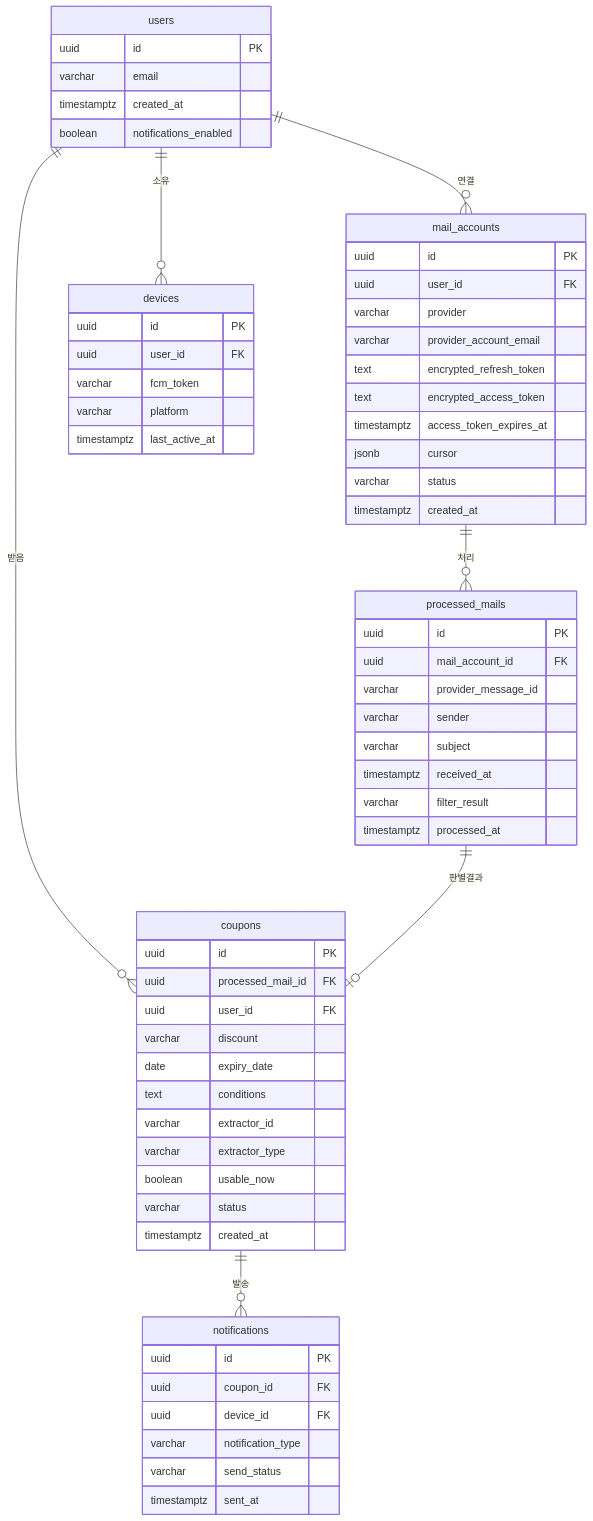
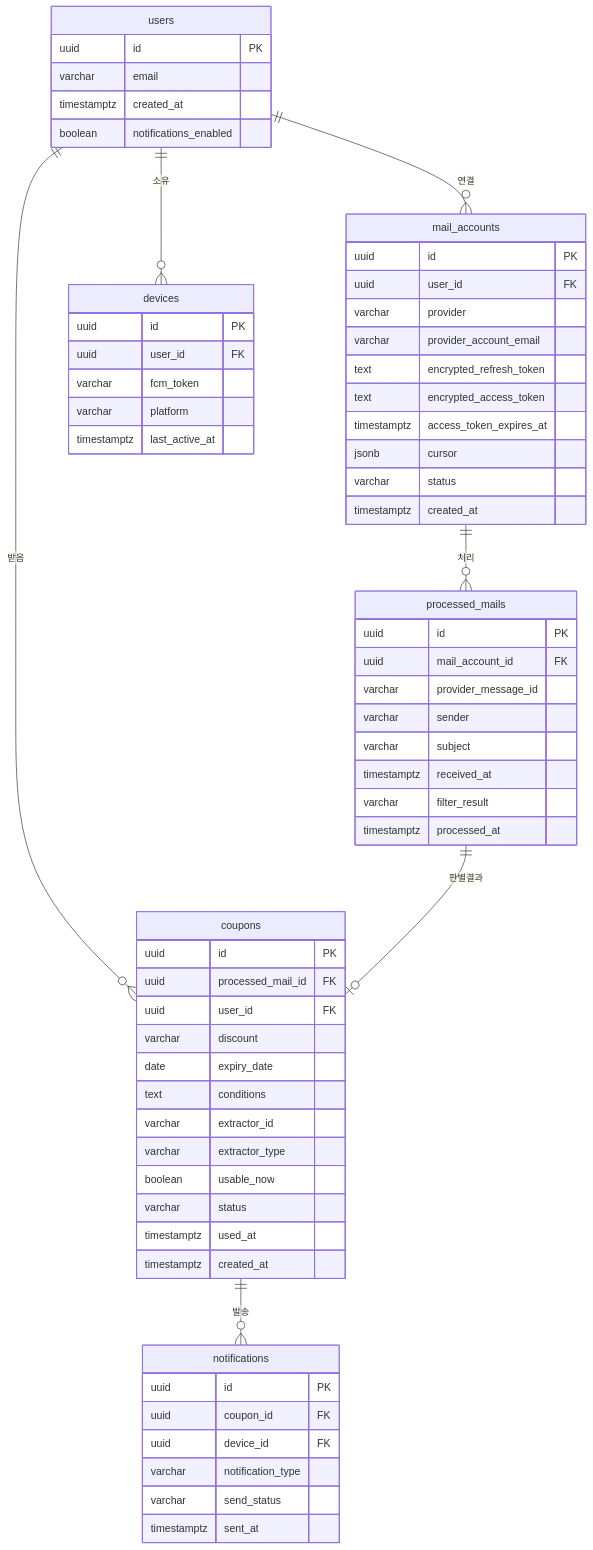
One commit to codingKermit/Coupi changed the diagram in docs/03-API-DB-스펙.md. Above: the diagram before and after it, drawn with Mermaid. The commit also changed other lines of this file and 7 other files, not shown here.

````diff
--- a/docs/03-API-DB-스펙.md
+++ b/docs/03-API-DB-스펙.md
@@ -9,66 +9,67 @@
 ```mermaid
 erDiagram
     users ||--o{ mail_accounts : "연결"
     users ||--o{ devices : "소유"
     users ||--o{ coupons : "받음"
     mail_accounts ||--o{ processed_mails : "처리"
     processed_mails ||--o| coupons : "판별결과"
     coupons ||--o{ notifications : "발송"
 
     users {
         uuid id PK
         varchar email
         timestamptz created_at
         boolean notifications_enabled
     }
     mail_accounts {
         uuid id PK
         uuid user_id FK
         varchar provider
         varchar provider_account_email
         text encrypted_refresh_token
         text encrypted_access_token
         timestamptz access_token_expires_at
         jsonb cursor
         varchar status
         timestamptz created_at
     }
     processed_mails {
         uuid id PK
         uuid mail_account_id FK
         varchar provider_message_id
         varchar sender
         varchar subject
         timestamptz received_at
         varchar filter_result
         timestamptz processed_at
     }
     coupons {
         uuid id PK
         uuid processed_mail_id FK
         uuid user_id FK
         varchar discount
         date expiry_date
         text conditions
         varchar extractor_id
         varchar extractor_type
         boolean usable_now
         varchar status
+        timestamptz used_at
         timestamptz created_at
     }
     devices {
         uuid id PK
         uuid user_id FK
         varchar fcm_token
         varchar platform
         timestamptz last_active_at
     }
     notifications {
         uuid id PK
         uuid coupon_id FK
         uuid device_id FK
         varchar notification_type
         varchar send_status
         timestamptz sent_at
     }
 ```
````
